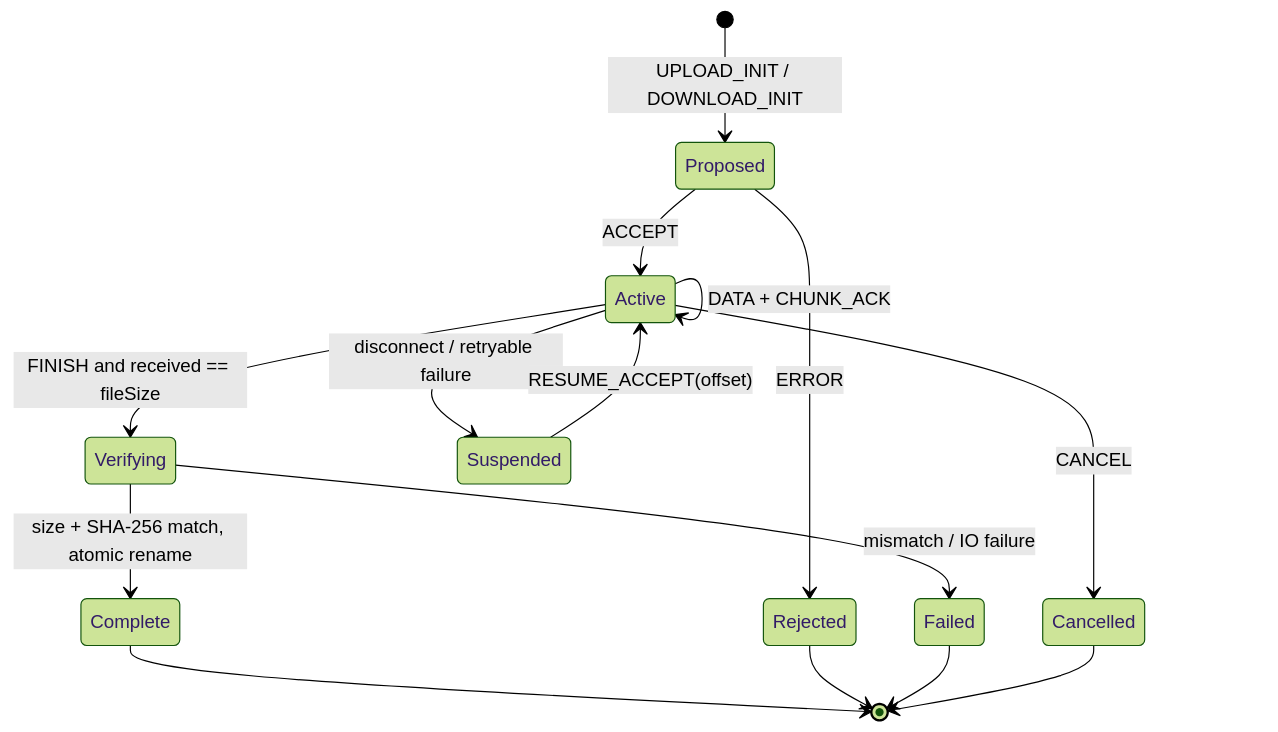
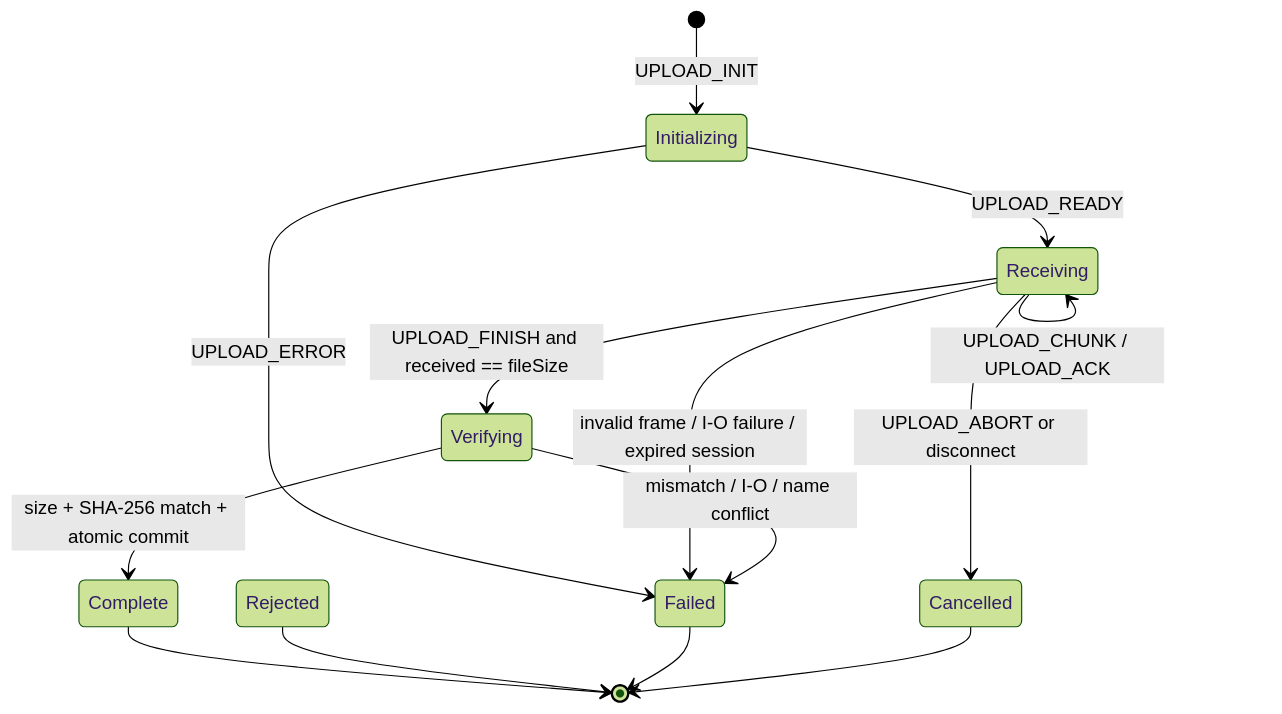
One commit to MickeyYannng/SecureFileTransfer changed the third of 4 diagrams in docs/protocol-draft.md. Above: the diagram before and after it, drawn with Mermaid (forest theme). The commit also changed other lines of this file and 20 other files, not shown here.

````diff
--- a/docs/protocol-draft.md
+++ b/docs/protocol-draft.md
@@ -141,17 +164,16 @@
 ```mermaid
 stateDiagram-v2
-    [*] --> Proposed: UPLOAD_INIT / DOWNLOAD_INIT
-    Proposed --> Active: ACCEPT
-    Proposed --> Rejected: ERROR
-    Active --> Active: DATA + CHUNK_ACK
-    Active --> Verifying: FINISH and received == fileSize
-    Active --> Suspended: disconnect / retryable failure
-    Suspended --> Active: RESUME_ACCEPT(offset)
-    Verifying --> Complete: size + SHA-256 match, atomic rename
-    Verifying --> Failed: mismatch / IO failure
-    Active --> Cancelled: CANCEL
+    [*] --> Initializing: UPLOAD_INIT
+    Initializing --> Receiving: UPLOAD_READY
+    Initializing --> Failed: UPLOAD_ERROR
+    Receiving --> Receiving: UPLOAD_CHUNK / UPLOAD_ACK
+    Receiving --> Verifying: UPLOAD_FINISH and received == fileSize
+    Receiving --> Cancelled: UPLOAD_ABORT or disconnect
+    Receiving --> Failed: invalid frame / I-O failure / expired session
+    Verifying --> Complete: size + SHA-256 match + atomic commit
+    Verifying --> Failed: mismatch / I-O / name conflict
     Complete --> [*]
     Rejected --> [*]
     Failed --> [*]
     Cancelled --> [*]
 ```
````
